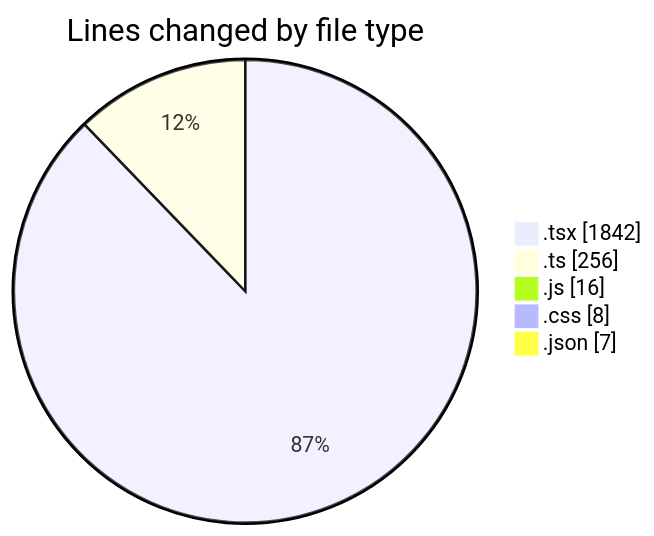
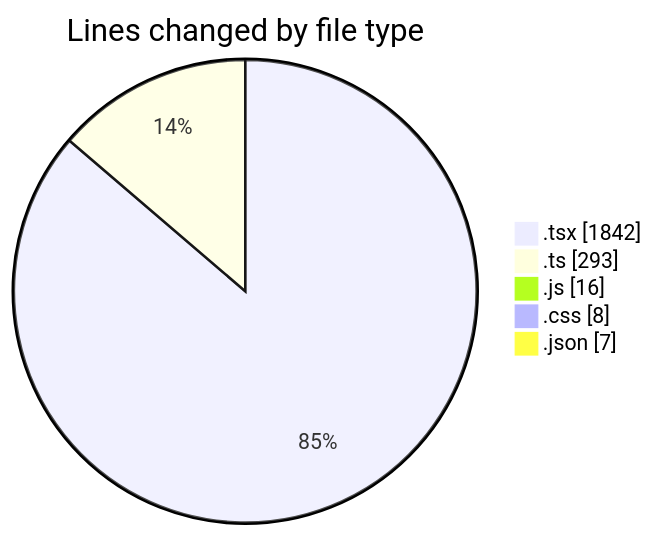
Before and after one commit to robertbonfada/code-tracking: the first of 2 diagrams in 2025-01-17/mbc-web/README.md, drawn with Mermaid. The commit also changed other lines of this file and 1 other file, not shown here.

````diff
--- a/2025-01-17/mbc-web/README.md
+++ b/2025-01-17/mbc-web/README.md
@@ -34,9 +34,9 @@
 ```mermaid
 pie showData
 title Lines changed by file type
 ".tsx" : 1842
-".ts" : 256
+".ts" : 293
 ".js" : 16
 ".css" : 8
 ".json" : 7
 ```
````
